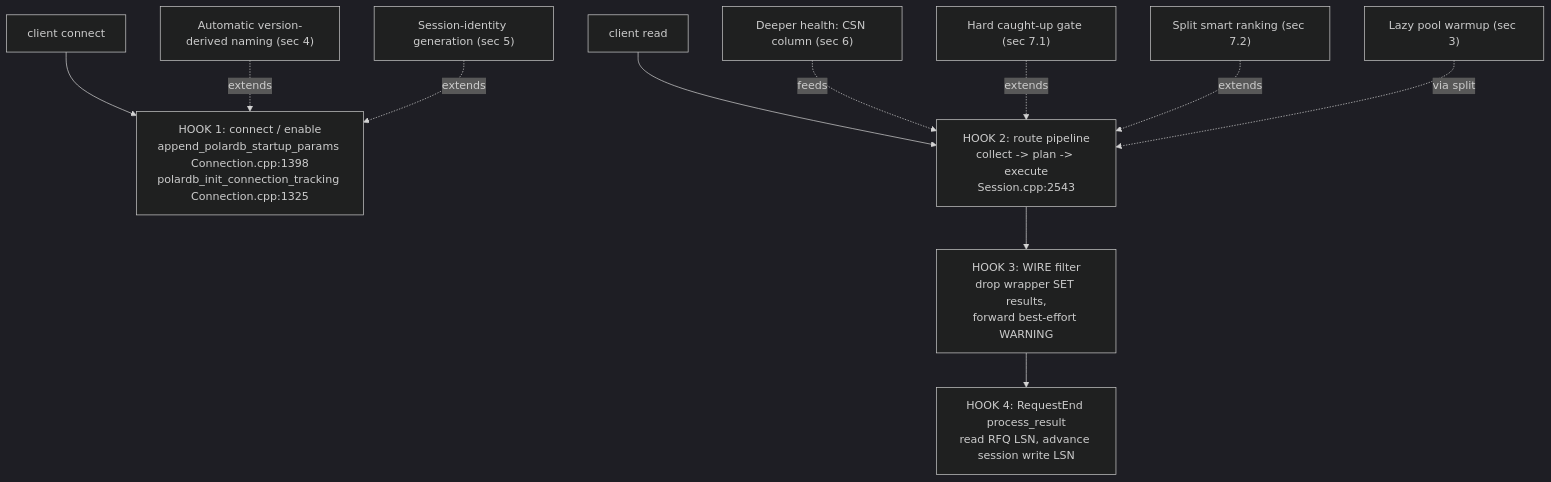
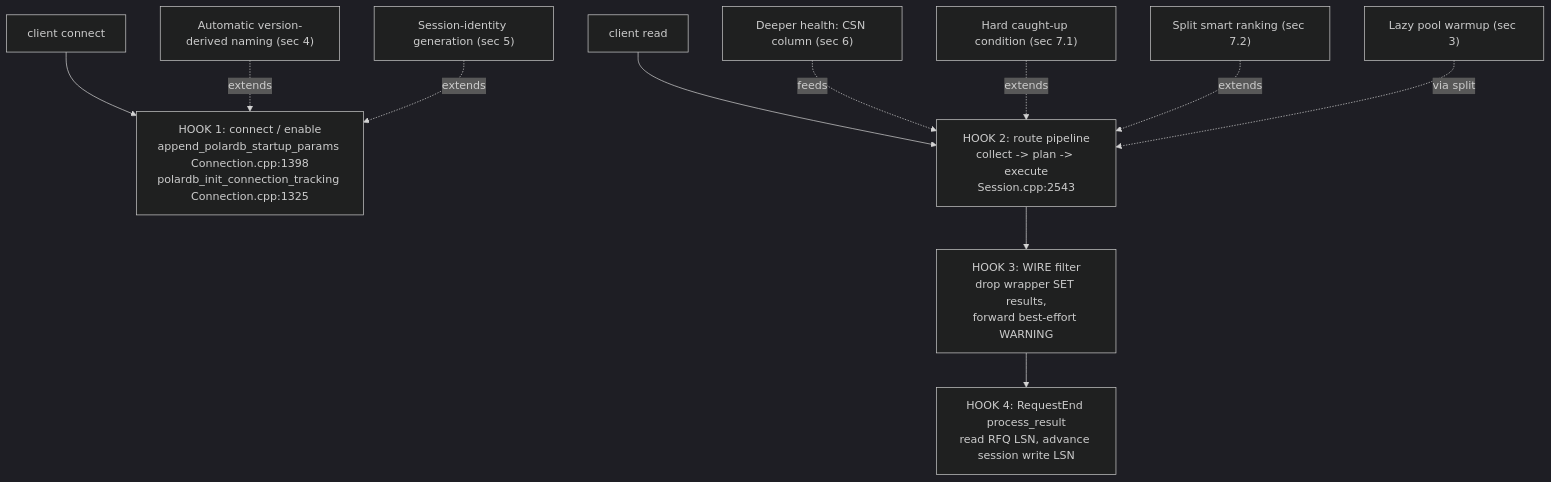
Before and after one commit to awide-labs/polar-proxy: the first of 4 diagrams in doc/polardb-arch/21-FUTURE-OTHER-CAPABILITIES.md, drawn with Mermaid (dark theme). The commit also changed other lines of this file and 21 other files, not shown here.

````diff
--- a/doc/polardb-arch/21-FUTURE-OTHER-CAPABILITIES.md
+++ b/doc/polardb-arch/21-FUTURE-OTHER-CAPABILITIES.md
@@ -443,14 +446,14 @@
 ```mermaid
 flowchart TD
     C[client connect] --> H1["HOOK 1: connect / enable<br/>append_polardb_startup_params Connection.cpp:1398<br/>polardb_init_connection_tracking Connection.cpp:1325"]
     R[client read] --> H2["HOOK 2: route pipeline<br/>collect -> plan -> execute<br/>Session.cpp:2543"]
     H2 --> H3["HOOK 3: WIRE filter<br/>drop wrapper SET results,<br/>forward best-effort WARNING"]
     H3 --> H4["HOOK 4: RequestEnd process_result<br/>read RFQ LSN, advance session write LSN"]
 
     VN["Automatic version-derived naming (sec 4)"] -.extends.-> H1
     SI["Session-identity generation (sec 5)"] -.extends.-> H1
     HC["Deeper health: CSN column (sec 6)"] -.feeds.-> H2
-    CG["Hard caught-up gate (sec 7.1)"] -.extends.-> H2
+    CG["Hard caught-up condition (sec 7.1)"] -.extends.-> H2
     SM["Split smart ranking (sec 7.2)"] -.extends.-> H2
     WU["Lazy pool warmup (sec 3)"] -.via split.-> H2
 ```
````
